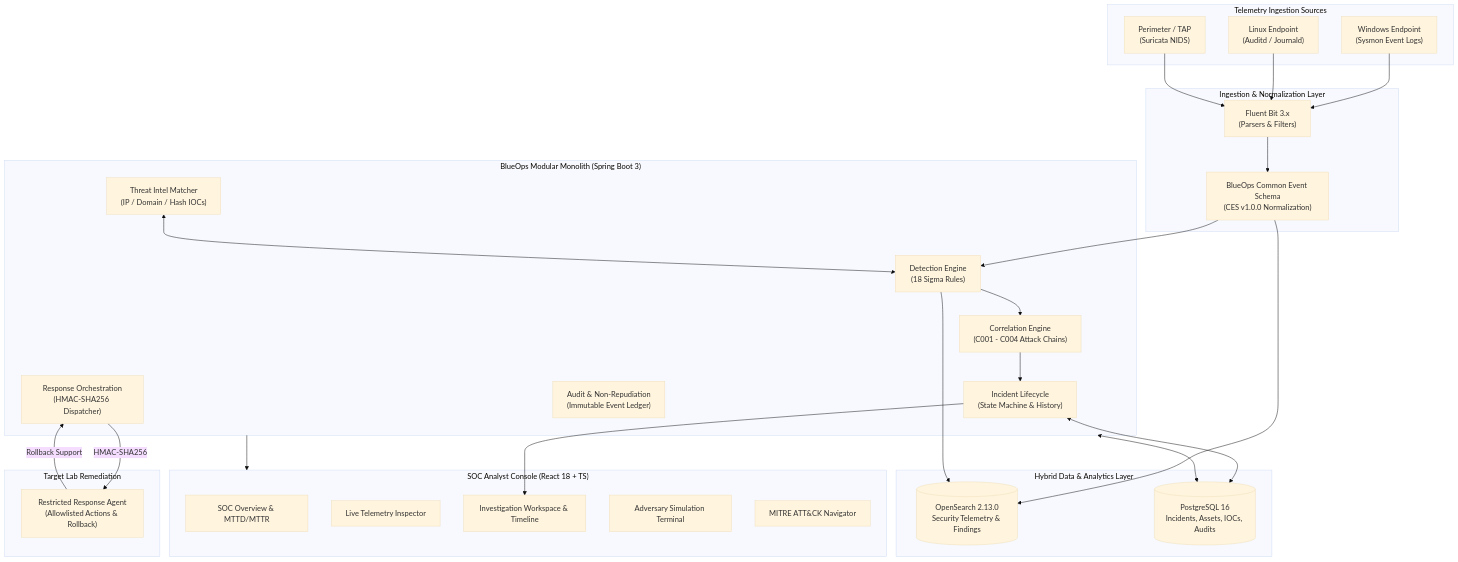
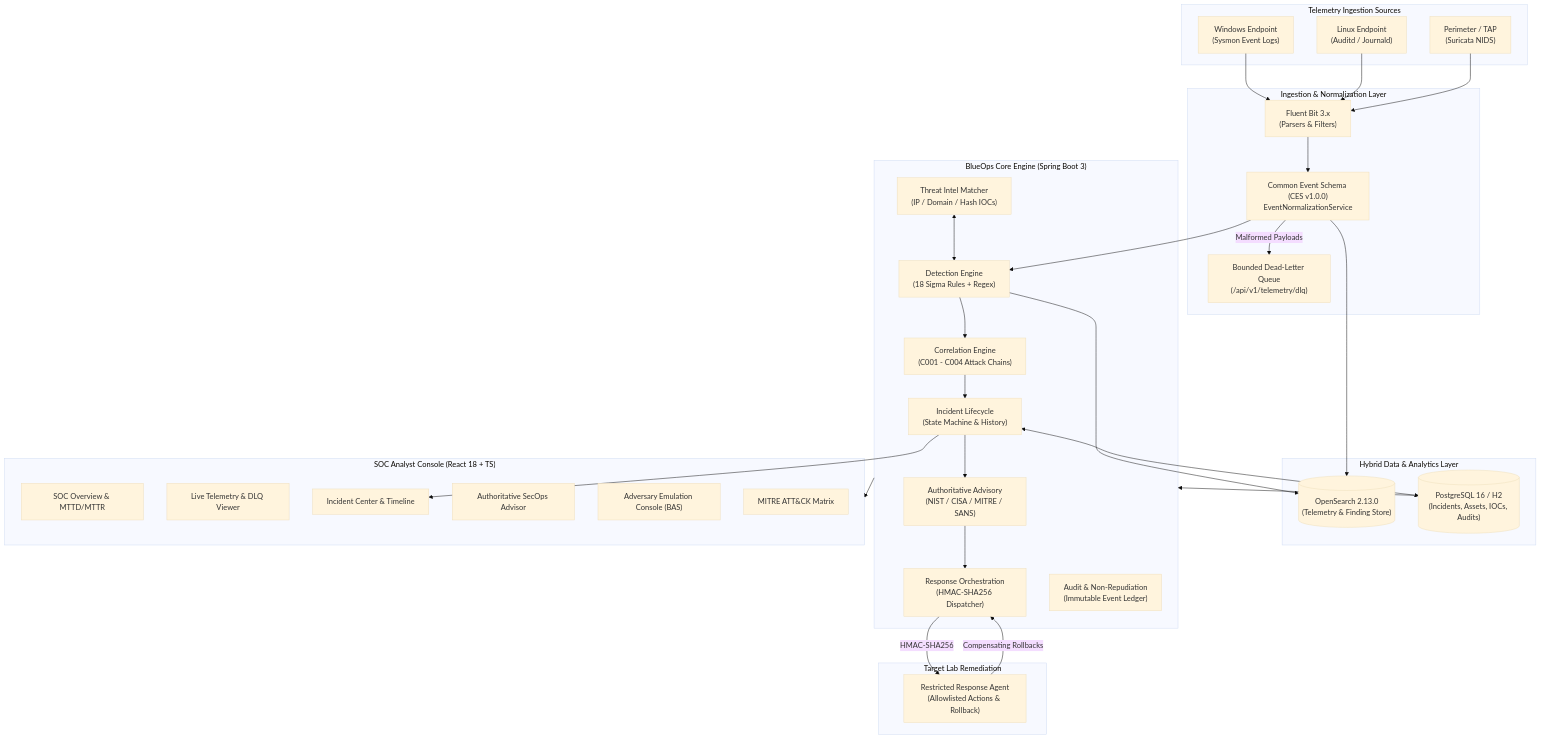
Before and after one commit to hsk-27/blueops-defense-cloud: the diagram in README.md, drawn with Mermaid (base theme). The commit also changed other lines of this file and 1 other file, not shown here.

````diff
--- a/README.md
+++ b/README.md
@@ -57,56 +57,62 @@
 ```mermaid
 flowchart TD
     subgraph TelemetrySources["Telemetry Ingestion Sources"]
         WIN["Windows Endpoint\n(Sysmon Event Logs)"]
         LNX["Linux Endpoint\n(Auditd / Journald)"]
         NET["Perimeter / TAP\n(Suricata NIDS)"]
     end
 
     subgraph Pipeline["Ingestion & Normalization Layer"]
         FB["Fluent Bit 3.x\n(Parsers & Filters)"]
-        CES["BlueOps Common Event Schema\n(CES v1.0.0 Normalization)"]
+        CES["Common Event Schema (CES v1.0.0)\nEventNormalizationService"]
+        DLQ["Bounded Dead-Letter Queue\n(/api/v1/telemetry/dlq)"]
     end
 
     subgraph StorageEngine["Hybrid Data & Analytics Layer"]
-        OS[("OpenSearch 2.13.0\nSecurity Telemetry & Findings")]
-        PG[("PostgreSQL 16\nIncidents, Assets, IOCs, Audits")]
+        OS[("OpenSearch 2.13.0\n(Telemetry & Finding Store)")]
+        PG[("PostgreSQL 16 / H2\n(Incidents, Assets, IOCs, Audits)")]
     end
 
-    subgraph BackendCore["BlueOps Modular Monolith (Spring Boot 3)"]
-        DET["Detection Engine\n(18 Sigma Rules)"]
+    subgraph BackendCore["BlueOps Core Engine (Spring Boot 3)"]
+        DET["Detection Engine\n(18 Sigma Rules + Regex)"]
         CORR["Correlation Engine\n(C001 - C004 Attack Chains)"]
         TI["Threat Intel Matcher\n(IP / Domain / Hash IOCs)"]
         INC["Incident Lifecycle\n(State Machine & History)"]
+        ADV["Authoritative Advisory\n(NIST / CISA / MITRE / SANS)"]
         ORCH["Response Orchestration\n(HMAC-SHA256 Dispatcher)"]
         AUDIT["Audit & Non-Repudiation\n(Immutable Event Ledger)"]
     end
 
     subgraph UserInterface["SOC Analyst Console (React 18 + TS)"]
         UI_DASH["SOC Overview & MTTD/MTTR"]
-        UI_STREAM["Live Telemetry Inspector"]
-        UI_INC["Investigation Workspace & Timeline"]
-        UI_SIM["Adversary Simulation Terminal"]
-        UI_ATTACK["MITRE ATT&CK Navigator"]
+        UI_STREAM["Live Telemetry & DLQ Viewer"]
+        UI_INC["Incident Center & Timeline"]
+        UI_ADV["Authoritative SecOps Advisor"]
+        UI_SIM["Adversary Emulation Console (BAS)"]
+        UI_ATTACK["MITRE ATT&CK Matrix"]
     end
 
     subgraph ResponseLayer["Target Lab Remediation"]
         AGENT["Restricted Response Agent\n(Allowlisted Actions & Rollback)"]
     end
 
     WIN --> FB
     LNX --> FB
     NET --> FB
     FB --> CES
+    CES -->|Malformed Payloads| DLQ
     CES --> OS
     CES --> DET
     DET --> CORR
     TI <--> DET
     DET --> OS
     CORR --> INC
+    INC --> ADV
+    ADV --> ORCH
     INC <--> PG
     INC --> UI_INC
     ORCH -->|HMAC-SHA256| AGENT
-    AGENT -->|Rollback Support| ORCH
+    AGENT -->|Compensating Rollbacks| ORCH
     BackendCore <--> PG
     BackendCore --> UserInterface
 ```
````
